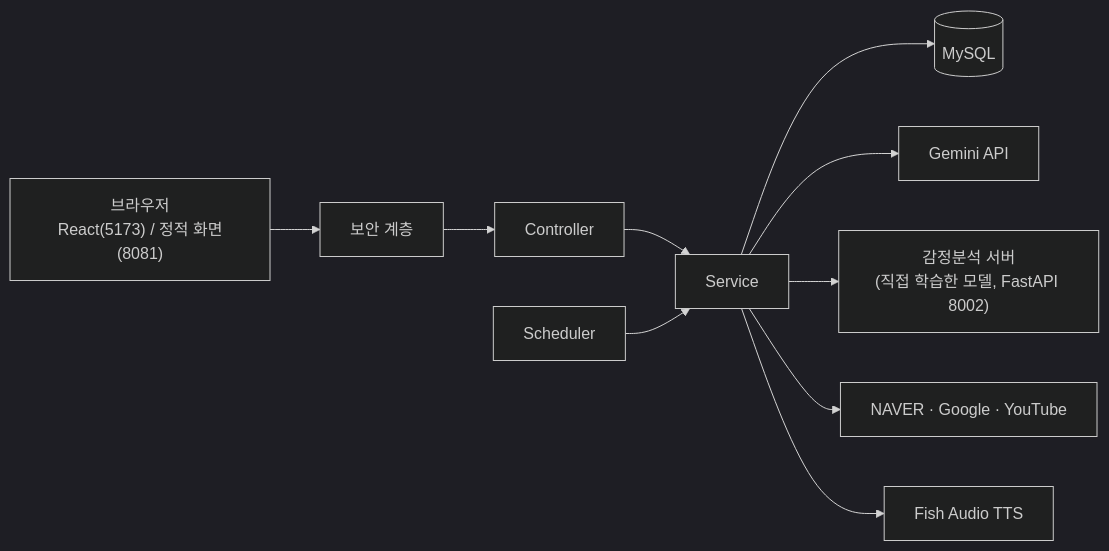
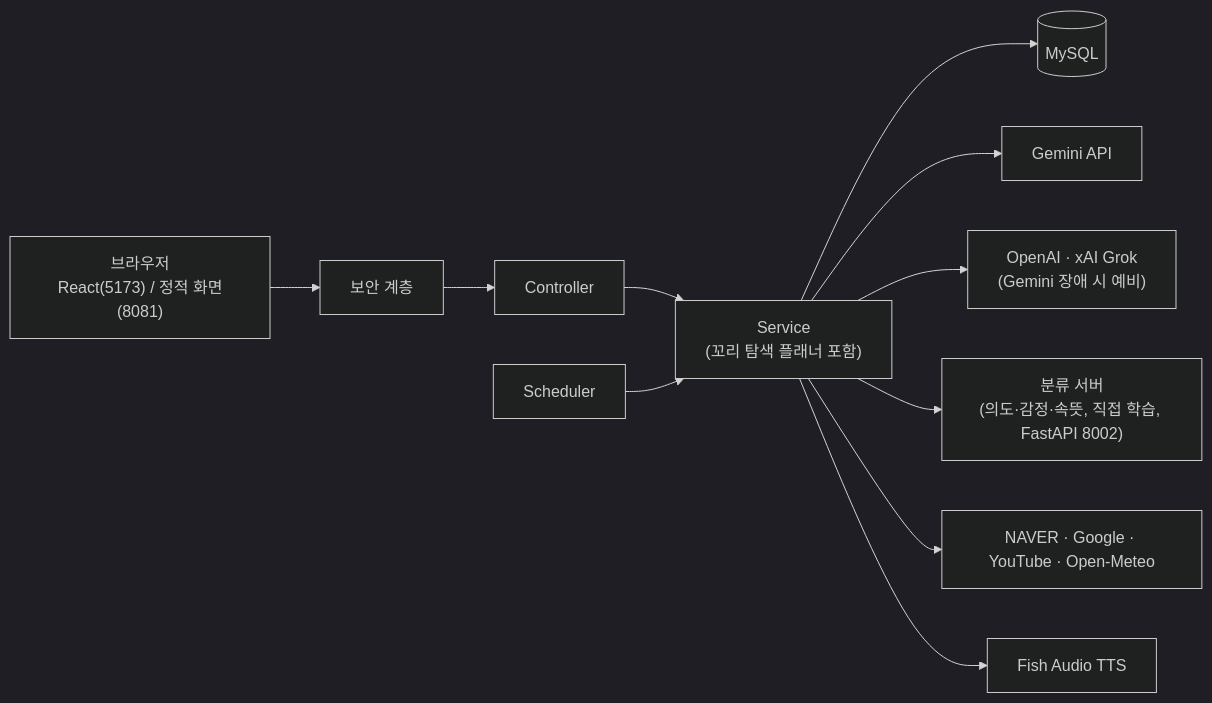
Before and after one commit to fpshqkxldh1201/ai-project: the diagram in README.md, drawn with Mermaid (dark theme). The commit also changed other lines of this file, not shown here.

````diff
--- a/README.md
+++ b/README.md
@@ -29,11 +34,12 @@
 ```mermaid
 flowchart LR
     Client["브라우저<br/>React(5173) / 정적 화면(8081)"] --> Sec["보안 계층"]
-    Sec --> Ctrl["Controller"] --> Svc["Service"]
+    Sec --> Ctrl["Controller"] --> Svc["Service<br/>(꼬리 탐색 플래너 포함)"]
     Sched["Scheduler"] --> Svc
     Svc --> DB[("MySQL")]
     Svc --> Gemini["Gemini API"]
-    Svc --> Emo["감정분석 서버<br/>(직접 학습한 모델, FastAPI 8002)"]
-    Svc --> Search["NAVER · Google · YouTube"]
+    Svc --> Fallback["OpenAI · xAI Grok<br/>(Gemini 장애 시 예비)"]
+    Svc --> Cls["분류 서버<br/>(의도·감정·속뜻, 직접 학습, FastAPI 8002)"]
+    Svc --> Search["NAVER · Google · YouTube · Open-Meteo"]
     Svc --> Tts["Fish Audio TTS"]
 ```
````
